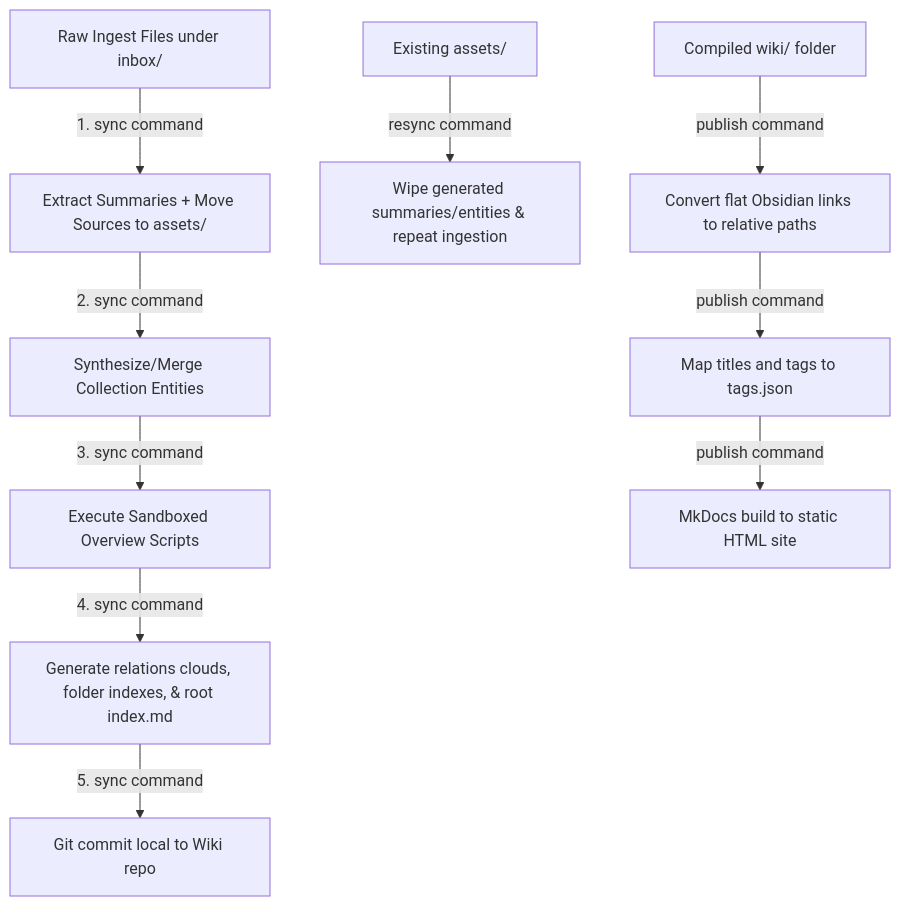
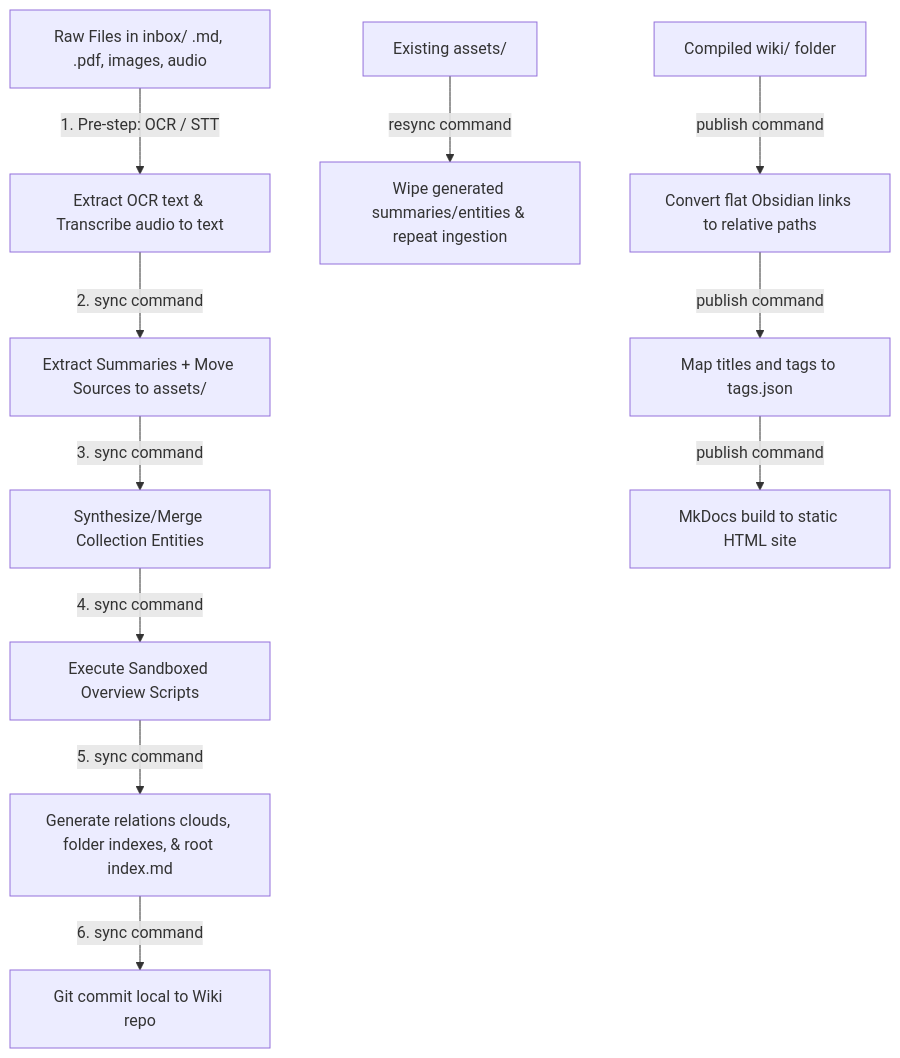
The diagram in docs/architecture.md (pkcpkc/mycelium-mind), drawn with Mermaid before and after one commit. The commit also changed 29 other files, not shown here.

````diff
--- a/docs/architecture.md
+++ b/docs/architecture.md
@@ -11,14 +11,15 @@
 ```mermaid
 graph TD
-    Inbox[Raw Ingest Files under inbox/] -->|1. sync command| SummaryExtraction[Extract Summaries + Move Sources to assets/]
-    SummaryExtraction -->|2. sync command| EntityCompilation[Synthesize/Merge Collection Entities]
-    EntityCompilation -->|3. sync command| OverviewGeneration[Execute Sandboxed Overview Scripts]
-    OverviewGeneration -->|4. sync command| IndexRebuilding[Generate relations clouds, folder indexes, & root index.md]
-    IndexRebuilding -->|5. sync command| GitIsolation[Git commit local to Wiki repo]
+    Inbox[Raw Files in inbox/ .md, .pdf, images, audio] -->|1. Pre-step: OCR / STT| AssetExtraction[Extract OCR text & Transcribe audio to text]
+    AssetExtraction -->|2. sync command| SummaryExtraction[Extract Summaries + Move Sources to assets/]
+    SummaryExtraction -->|3. sync command| EntityCompilation[Synthesize/Merge Collection Entities]
+    EntityCompilation -->|4. sync command| OverviewGeneration[Execute Sandboxed Overview Scripts]
+    OverviewGeneration -->|5. sync command| IndexRebuilding[Generate relations clouds, folder indexes, & root index.md]
+    IndexRebuilding -->|6. sync command| GitIsolation[Git commit local to Wiki repo]
 
     Anytime[Existing assets/] -->|resync command| WipeAndRebuild[Wipe generated summaries/entities & repeat ingestion]
 
     FinishedWiki[Compiled wiki/ folder] -->|publish command| RelativeLinksConverter[Convert flat Obsidian links to relative paths]
     RelativeLinksConverter -->|publish command| TagsMapper[Map titles and tags to tags.json]
     TagsMapper -->|publish command| StaticSite[MkDocs build to static HTML site]
 ```
````
